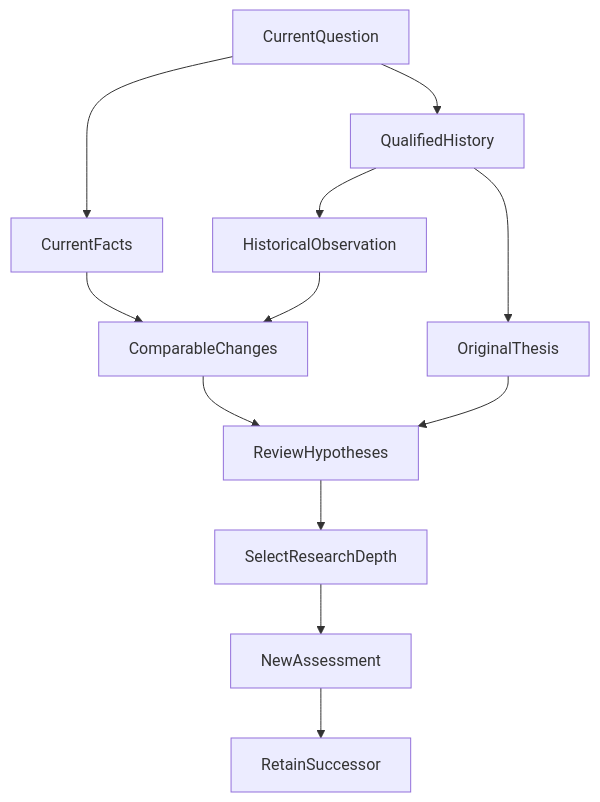
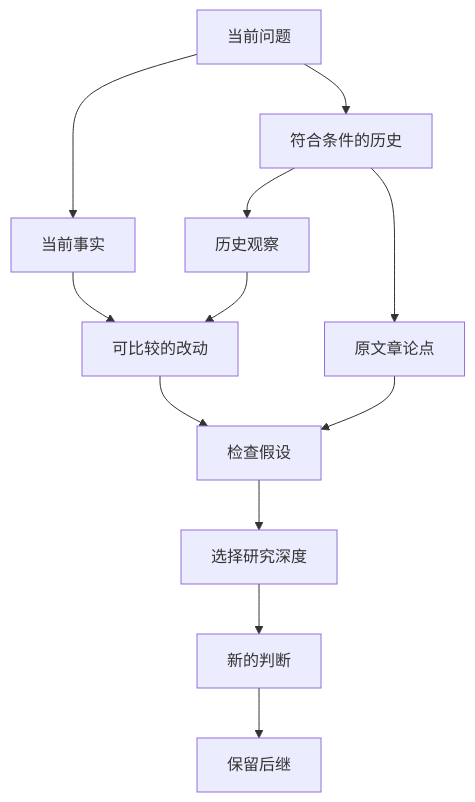
Before and after one commit to hpoenixf/eff-agent-article: the diagram in articles/agent-weekly-thesis-history-continuous-research.md, drawn with Mermaid. The commit also changed 52 other files, not shown here.

Commit message:
docs: localize diagrams and clarify flagship guides

````diff
--- a/articles/agent-weekly-thesis-history-continuous-research.md
+++ b/articles/agent-weekly-thesis-history-continuous-research.md
@@ -135,14 +135,14 @@
 ```mermaid
 graph TD
-CurrentQuestion --> CurrentFacts
-CurrentQuestion --> QualifiedHistory
-QualifiedHistory --> HistoricalObservation
-QualifiedHistory --> OriginalThesis
-CurrentFacts --> ComparableChanges
+CurrentQuestion["当前问题"] --> CurrentFacts["当前事实"]
+CurrentQuestion --> QualifiedHistory["符合条件的历史"]
+QualifiedHistory --> HistoricalObservation["历史观察"]
+QualifiedHistory --> OriginalThesis["原文章论点"]
+CurrentFacts --> ComparableChanges["可比较的改动"]
 HistoricalObservation --> ComparableChanges
-OriginalThesis --> ReviewHypotheses
+OriginalThesis --> ReviewHypotheses["检查假设"]
 ComparableChanges --> ReviewHypotheses
-ReviewHypotheses --> SelectResearchDepth
-SelectResearchDepth --> NewAssessment
-NewAssessment --> RetainSuccessor
+ReviewHypotheses --> SelectResearchDepth["选择研究深度"]
+SelectResearchDepth --> NewAssessment["新的判断"]
+NewAssessment --> RetainSuccessor["保留后继"]
 ```
````
